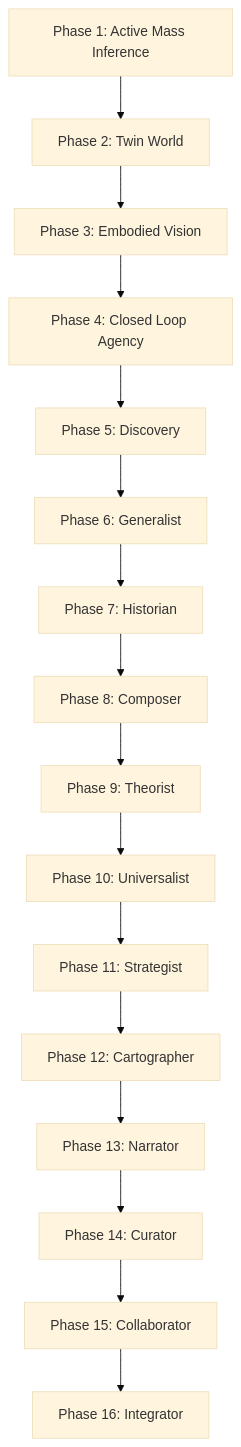
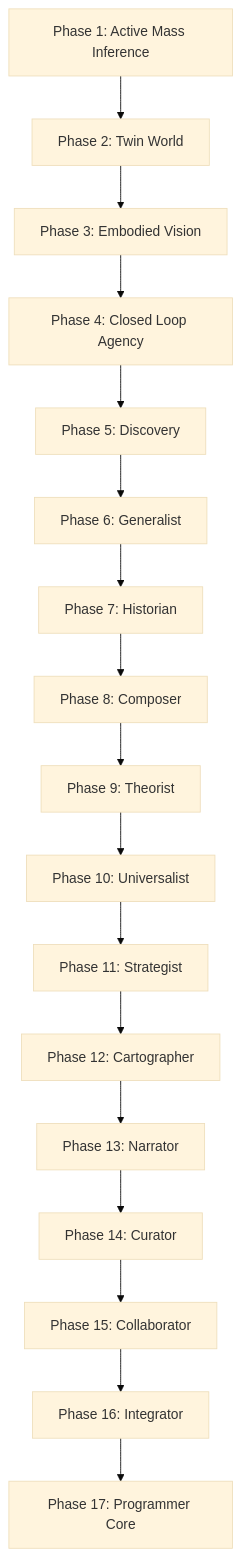
Before and after one commit to abdallah2183/causal-constructivism: the diagram in README.md, drawn with Mermaid (base theme). The commit also changed other lines of this file and 9 other files, not shown here.

Commit message:
Add Phase 17 Programmer Core

````diff
--- a/README.md
+++ b/README.md
@@ -36,18 +37,19 @@
 ```mermaid
 flowchart TD
     P1["Phase 1: Active Mass Inference"] --> P2["Phase 2: Twin World"]
     P2 --> P3["Phase 3: Embodied Vision"]
     P3 --> P4["Phase 4: Closed Loop Agency"]
     P4 --> P5["Phase 5: Discovery"]
     P5 --> P6["Phase 6: Generalist"]
     P6 --> P7["Phase 7: Historian"]
     P7 --> P8["Phase 8: Composer"]
     P8 --> P9["Phase 9: Theorist"]
     P9 --> P10["Phase 10: Universalist"]
     P10 --> P11["Phase 11: Strategist"]
     P11 --> P12["Phase 12: Cartographer"]
     P12 --> P13["Phase 13: Narrator"]
     P13 --> P14["Phase 14: Curator"]
     P14 --> P15["Phase 15: Collaborator"]
     P15 --> P16["Phase 16: Integrator"]
+    P16 --> P17["Phase 17: Programmer Core"]
 ```
````
